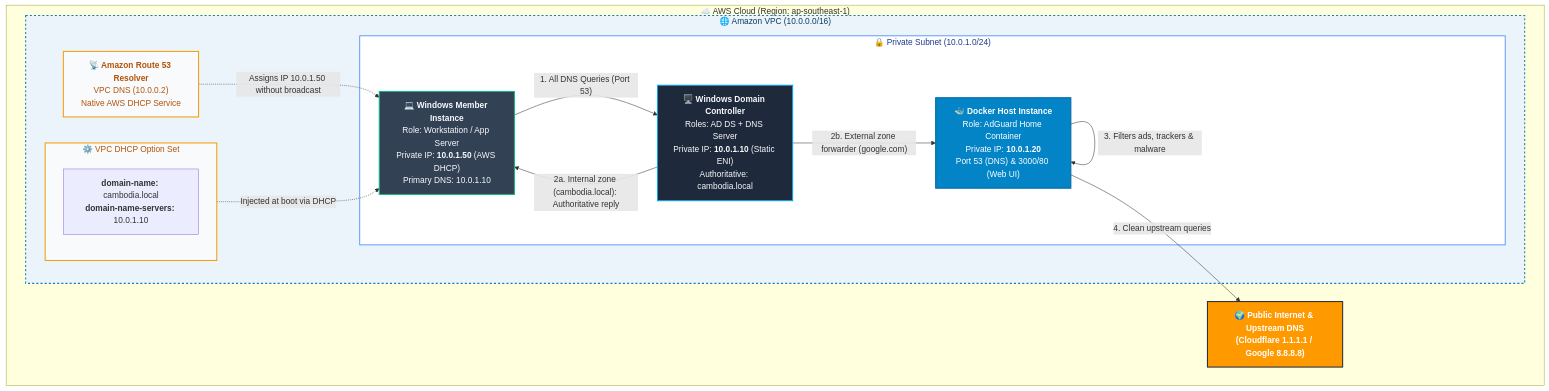
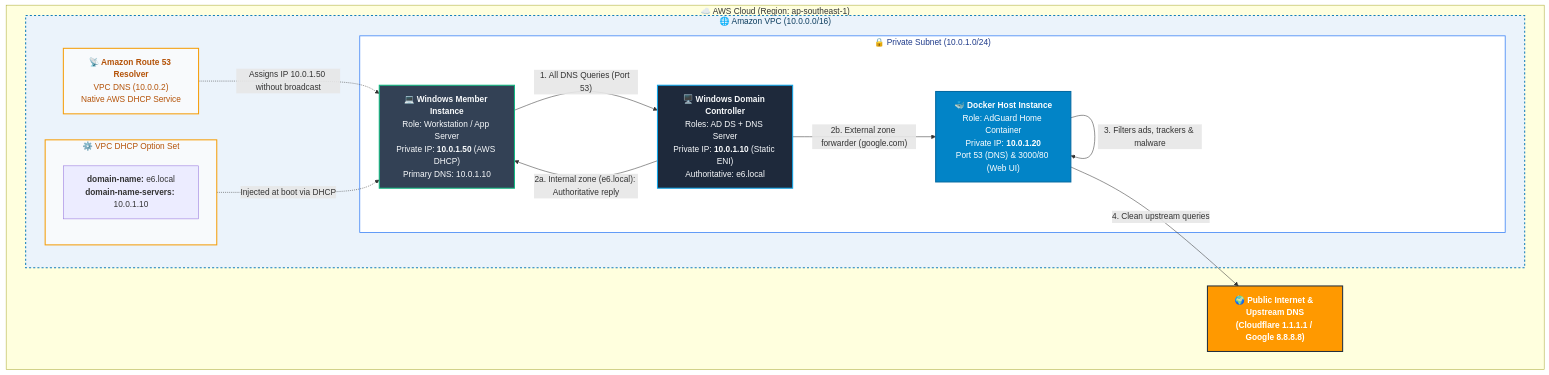
One commit to seang454/window-server-deploymennt changed the diagram in aws-dns-architecture.md. Above: the diagram before and after it, drawn with Mermaid. The commit also changed other lines of this file and 1 other file, not shown here.

````diff
--- a/aws-dns-architecture.md
+++ b/aws-dns-architecture.md
@@ -15,49 +15,49 @@
 ```mermaid
 flowchart TB
     %% Styling Definitions
     classDef aws fill:#FF9900,stroke:#232F3E,stroke-width:2px,color:#FFFFFF,font-weight:bold;
     classDef vpc fill:#EBF3FB,stroke:#147EBA,stroke-width:2px,stroke-dasharray: 4 4,color:#0B3C5D;
     classDef subnet fill:#FFFFFF,stroke:#3B82F6,stroke-width:1.5px,color:#1E3A8A;
     classDef server fill:#1E293B,stroke:#0EA5E9,stroke-width:2px,color:#F8FAFC;
     classDef docker fill:#0284C7,stroke:#0369A1,stroke-width:2px,color:#FFFFFF;
     classDef client fill:#334155,stroke:#10B981,stroke-width:2px,color:#F8FAFC;
     classDef awsService fill:#F8FAFC,stroke:#F59E0B,stroke-width:2px,color:#B45309;
 
     subgraph AWSCloud ["☁️ AWS Cloud (Region: ap-southeast-1)"]
         
         subgraph VPC ["🌐 Amazon VPC (10.0.0.0/16)"]
             
             subgraph DHCPOpt ["⚙️ VPC DHCP Option Set"]
-                DHCPOptInfo["<b>domain-name:</b> cambodia.local<br/><b>domain-name-servers:</b> 10.0.1.10"]
+                DHCPOptInfo["<b>domain-name:</b> e6.local<br/><b>domain-name-servers:</b> 10.0.1.10"]
             end
             
             subgraph SubnetPriv ["🔒 Private Subnet (10.0.1.0/24)"]
                 
                 Client["<b>💻 Windows Member Instance</b><br/>Role: Workstation / App Server<br/>Private IP: <b>10.0.1.50</b> (AWS DHCP)<br/>Primary DNS: 10.0.1.10"]:::client
 
-                DC["<b>🖥️ Windows Domain Controller</b><br/>Roles: AD DS + DNS Server<br/>Private IP: <b>10.0.1.10</b> (Static ENI)<br/>Authoritative: cambodia.local"]:::server
+                DC["<b>🖥️ Windows Domain Controller</b><br/>Roles: AD DS + DNS Server<br/>Private IP: <b>10.0.1.10</b> (Static ENI)<br/>Authoritative: e6.local"]:::server
                 
                 DockerHost["<b>🐳 Docker Host Instance</b><br/>Role: AdGuard Home Container<br/>Private IP: <b>10.0.1.20</b><br/>Port 53 (DNS) & 3000/80 (Web UI)"]:::docker
                 
             end
             
             Route53Res["<b>📡 Amazon Route 53 Resolver</b><br/>VPC DNS (10.0.0.2)<br/>Native AWS DHCP Service"]:::awsService
             
         end
         
         Internet["🌍 Public Internet & Upstream DNS<br/>(Cloudflare 1.1.1.1 / Google 8.8.8.8)"]:::aws
     end
 
     %% Flow connections
     DHCPOpt -.->|Injected at boot via DHCP| Client
     Client -->|"1. All DNS Queries (Port 53)"| DC
-    DC -->|"2a. Internal zone (cambodia.local): Authoritative reply"| Client
+    DC -->|"2a. Internal zone (e6.local): Authoritative reply"| Client
     DC -->|"2b. External zone forwarder (google.com)"| DockerHost
     DockerHost -->|"3. Filters ads, trackers & malware"| DockerHost
     DockerHost -->|"4. Clean upstream queries"| Internet
     Route53Res -.->|Assigns IP 10.0.1.50 without broadcast| Client
 
     class VPC vpc;
     class SubnetPriv subnet;
     class DHCPOpt awsService;
 ```
````
